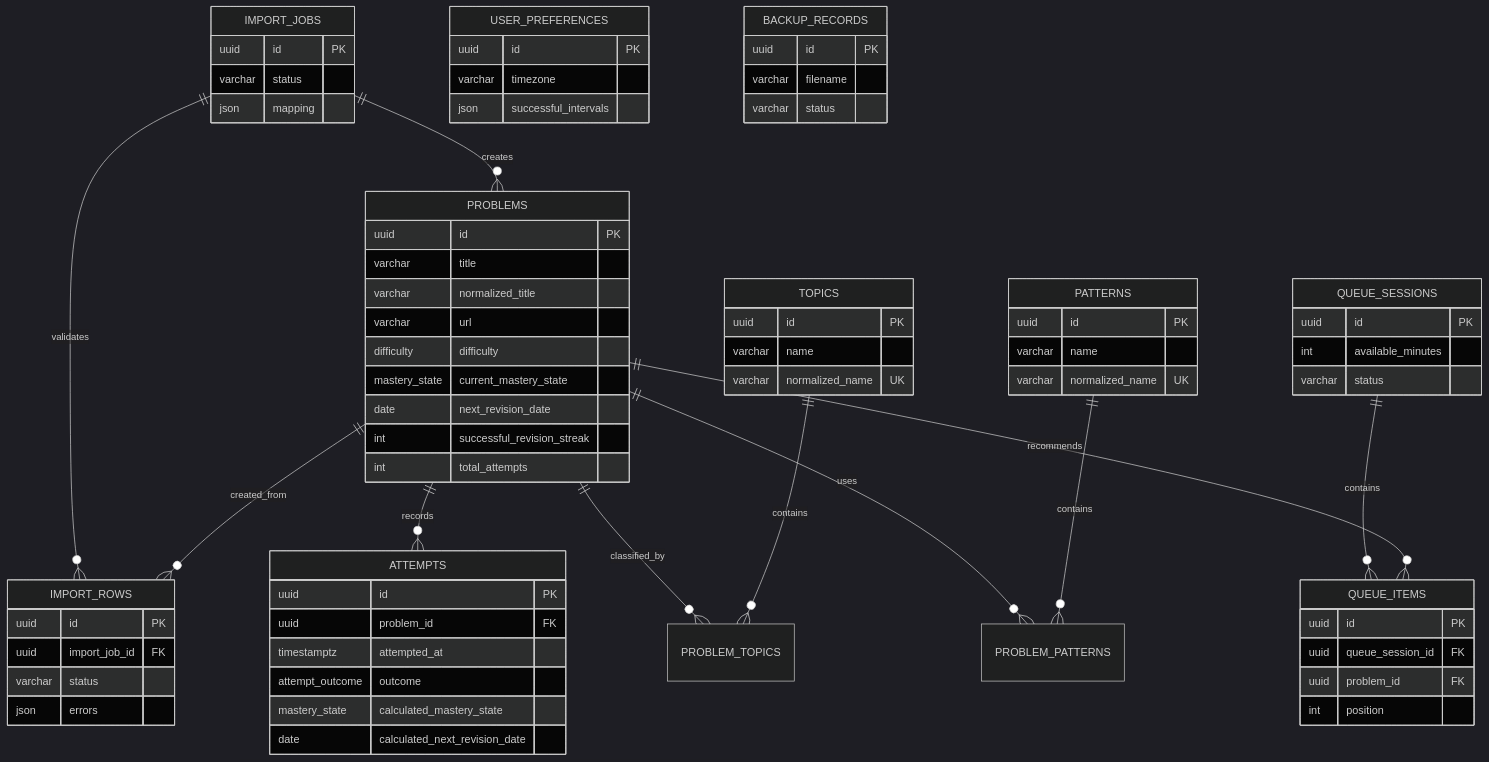
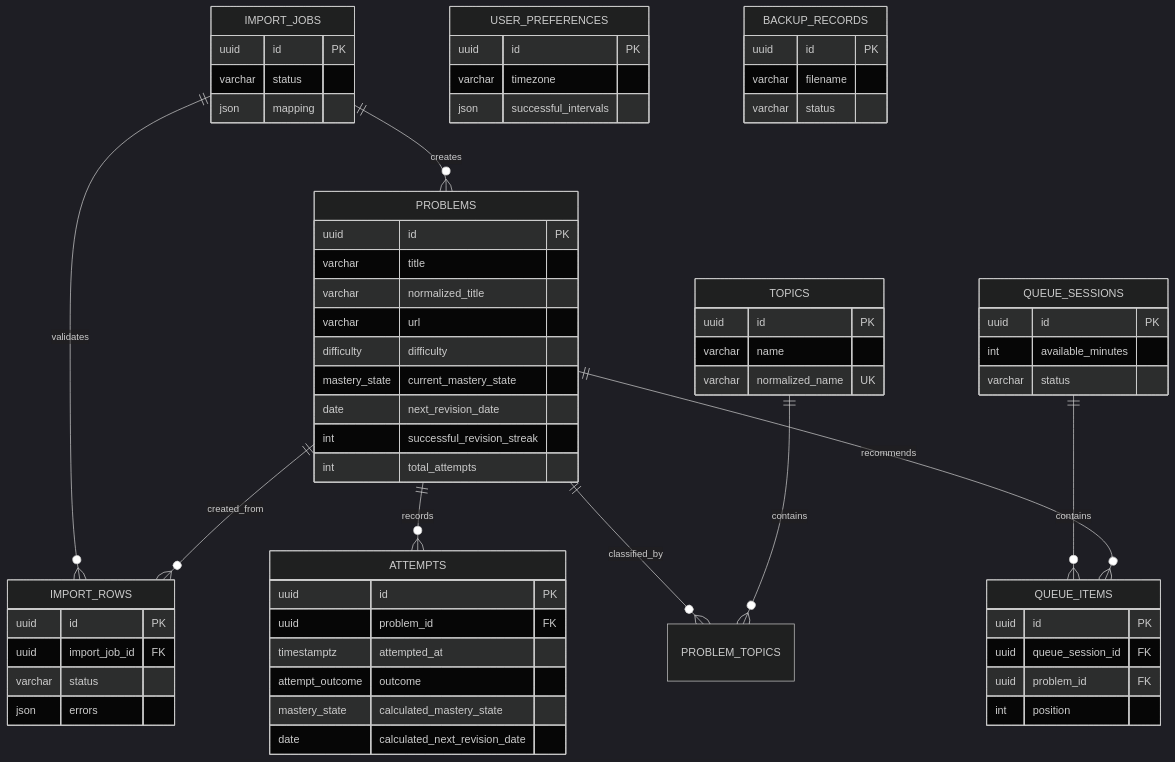
The diagram in docs/database.md (rpandya1990/codemuscle), drawn with Mermaid (dark theme) before and after one commit. The commit also changed other lines of this file and 33 other files, not shown here.

````diff
--- a/docs/database.md
+++ b/docs/database.md
@@ -9,41 +9,38 @@
 ```mermaid
 erDiagram
     PROBLEMS ||--o{ ATTEMPTS : records
     PROBLEMS ||--o{ PROBLEM_TOPICS : classified_by
     TOPICS ||--o{ PROBLEM_TOPICS : contains
-    PROBLEMS ||--o{ PROBLEM_PATTERNS : uses
-    PATTERNS ||--o{ PROBLEM_PATTERNS : contains
     IMPORT_JOBS ||--o{ IMPORT_ROWS : validates
     IMPORT_JOBS ||--o{ PROBLEMS : creates
     PROBLEMS ||--o{ IMPORT_ROWS : created_from
     QUEUE_SESSIONS ||--o{ QUEUE_ITEMS : contains
     PROBLEMS ||--o{ QUEUE_ITEMS : recommends
 
     PROBLEMS {
       uuid id PK
       varchar title
       varchar normalized_title
       varchar url
       difficulty difficulty
       mastery_state current_mastery_state
       date next_revision_date
       int successful_revision_streak
       int total_attempts
     }
     ATTEMPTS {
       uuid id PK
       uuid problem_id FK
       timestamptz attempted_at
       attempt_outcome outcome
       mastery_state calculated_mastery_state
       date calculated_next_revision_date
     }
     TOPICS { uuid id PK varchar name varchar normalized_name UK }
-    PATTERNS { uuid id PK varchar name varchar normalized_name UK }
     IMPORT_JOBS { uuid id PK varchar status json mapping }
     IMPORT_ROWS { uuid id PK uuid import_job_id FK varchar status json errors }
     QUEUE_SESSIONS { uuid id PK int available_minutes varchar status }
     QUEUE_ITEMS { uuid id PK uuid queue_session_id FK uuid problem_id FK int position }
     USER_PREFERENCES { uuid id PK varchar timezone json successful_intervals }
     BACKUP_RECORDS { uuid id PK varchar filename varchar status }
 ```
````
